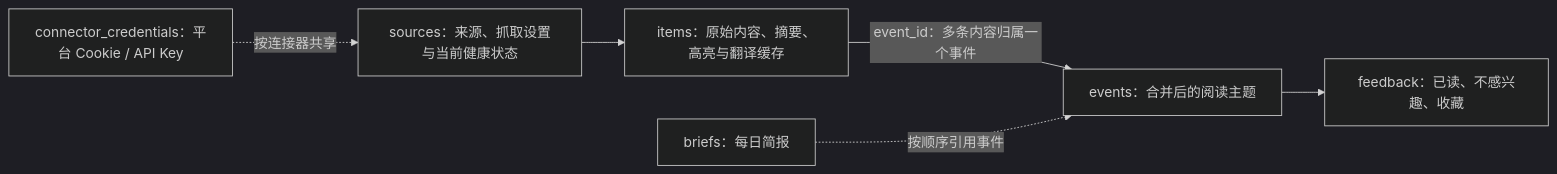
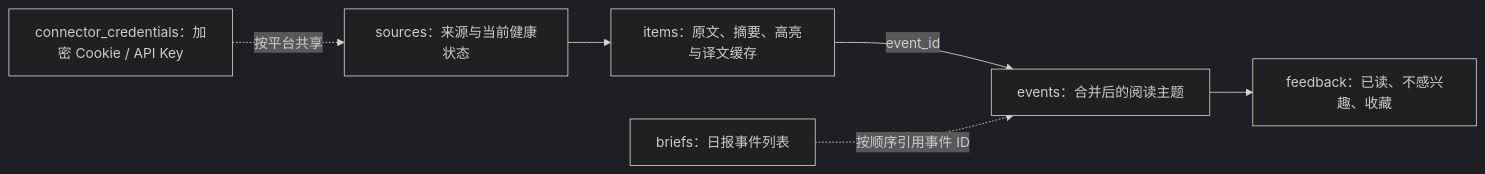
One commit to angelOnly/NewsRssHub changed the diagram in docs/SQLITE_SCHEMA_AND_MIGRATION.md. Above: the diagram before and after it, drawn with Mermaid (dark theme). The commit also changed other lines of this file and 7 other files, not shown here.

````diff
--- a/docs/SQLITE_SCHEMA_AND_MIGRATION.md
+++ b/docs/SQLITE_SCHEMA_AND_MIGRATION.md
@@ -31,8 +20,8 @@
 ```mermaid
 flowchart LR
-    S["sources：来源、抓取设置与当前健康状态"] --> I["items：原始内容、摘要、高亮与翻译缓存"]
-    I -->|"event_id：多条内容归属一个事件"| E["events：合并后的阅读主题"]
+    S["sources：来源与当前健康状态"] --> I["items：原文、摘要、高亮与译文缓存"]
+    I -->|"event_id"| E["events：合并后的阅读主题"]
     E --> F["feedback：已读、不感兴趣、收藏"]
-    B["briefs：每日简报"] -. "按顺序引用事件" .-> E
-    C["connector_credentials：平台 Cookie / API Key"] -. "按连接器共享" .-> S
+    B["briefs：日报事件列表"] -. "按顺序引用事件 ID" .-> E
+    C["connector_credentials：加密 Cookie / API Key"] -. "按平台共享" .-> S
 ```
````
